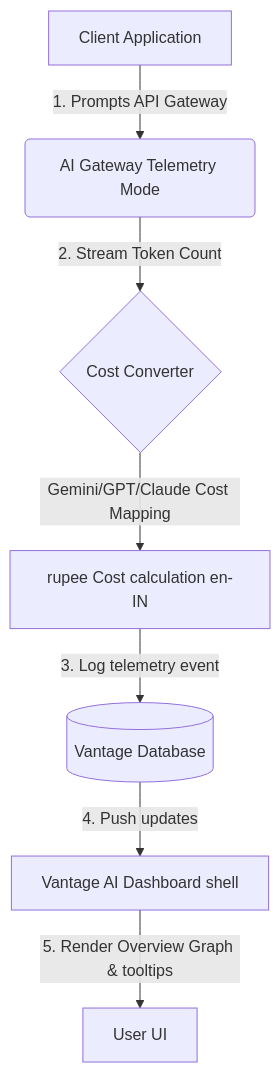
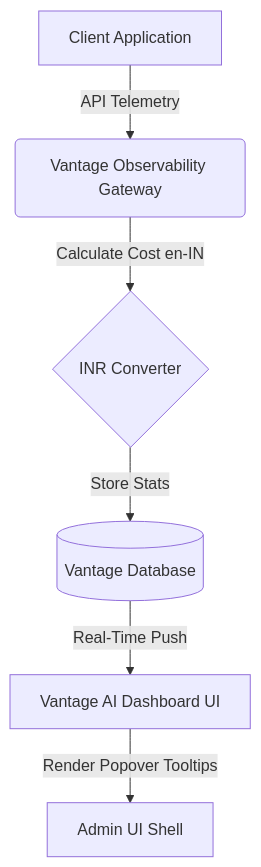
Before and after one commit to hydra-eng/vantage-ai: the first of 2 diagrams in README.md, drawn with Mermaid. The commit also changed other lines of this file and 5 other files, not shown here.

````diff
--- a/README.md
+++ b/README.md
@@ -29,9 +33,8 @@
 ```mermaid
 graph TD
-    A[Client Application] -->|1. Prompts API Gateway| B(AI Gateway Telemetry Mode)
-    B -->|2. Stream Token Count| C{Cost Converter}
-    C -->|Gemini/GPT/Claude Cost Mapping| D[rupee Cost calculation en-IN]
-    D -->|3. Log telemetry event| E[(Vantage Database)]
-    E -->|4. Push updates| F[Vantage AI Dashboard shell]
-    F -->|5. Render Overview Graph & tooltips| G[User UI]
+    A[Client Application] -->|API Telemetry| B(Vantage Observability Gateway)
+    B -->|Calculate Cost en-IN| C{INR Converter}
+    C -->|Store Stats| D[(Vantage Database)]
+    D -->|Real-Time Push| E[Vantage AI Dashboard UI]
+    E -->|Render Popover Tooltips| F[Admin UI Shell]
 ```
````
